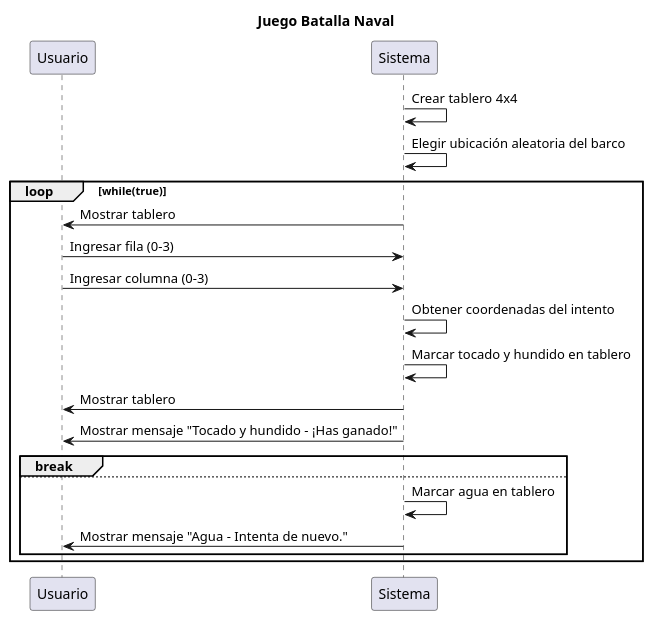
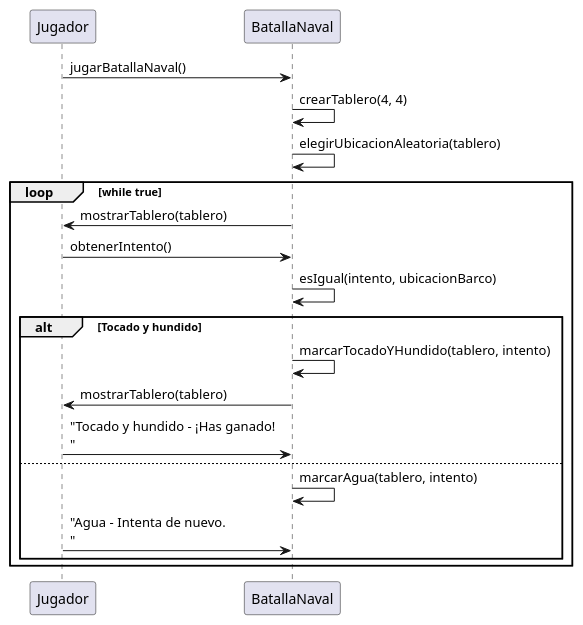
Before and after one commit to siraglez/entregaUd5TP: the diagram in src/ejercicio8/diagramaUML.puml, drawn with PlantUML.

Commit message:
arreglo diagrama ejercicio 8

```diff
--- a/src/ejercicio8/diagramaUML.puml
+++ b/src/ejercicio8/diagramaUML.puml
@@ -1,24 +1,25 @@
 @startuml
-title Juego Batalla Naval
 
-participant Usuario
-participant Sistema
+participant Jugador as J
+participant BatallaNaval as B
 
-Sistema -> Sistema: Crear tablero 4x4
-Sistema -> Sistema: Elegir ubicación aleatoria del barco
-loop while(true)
-    Sistema -> Usuario: Mostrar tablero
-    Usuario -> Sistema: Ingresar fila (0-3)
-    Usuario -> Sistema: Ingresar columna (0-3)
-    Sistema -> Sistema: Obtener coordenadas del intento
-        Sistema -> Sistema: Marcar tocado y hundido en tablero
-        Sistema -> Usuario: Mostrar tablero
-        Sistema -> Usuario: Mostrar mensaje "Tocado y hundido - ¡Has ganado!"
-        break
+J -> B: jugarBatallaNaval()
+
+B -> B: crearTablero(4, 4)
+B -> B: elegirUbicacionAleatoria(tablero)
+
+loop while true
+    B -> J: mostrarTablero(tablero)
+    J -> B: obtenerIntento()
+    B -> B: esIgual(intento, ubicacionBarco)
+    alt Tocado y hundido
+        B -> B: marcarTocadoYHundido(tablero, intento)
+        B -> J: mostrarTablero(tablero)
+        J -> B: "Tocado y hundido - ¡Has ganado!\n"
     else
-        Sistema -> Sistema: Marcar agua en tablero
-        Sistema -> Usuario: Mostrar mensaje "Agua - Intenta de nuevo."
-    end cond
-end loop
+        B -> B: marcarAgua(tablero, intento)
+        J -> B: "Agua - Intenta de nuevo.\n"
+    end
+end
 
 @enduml
```
